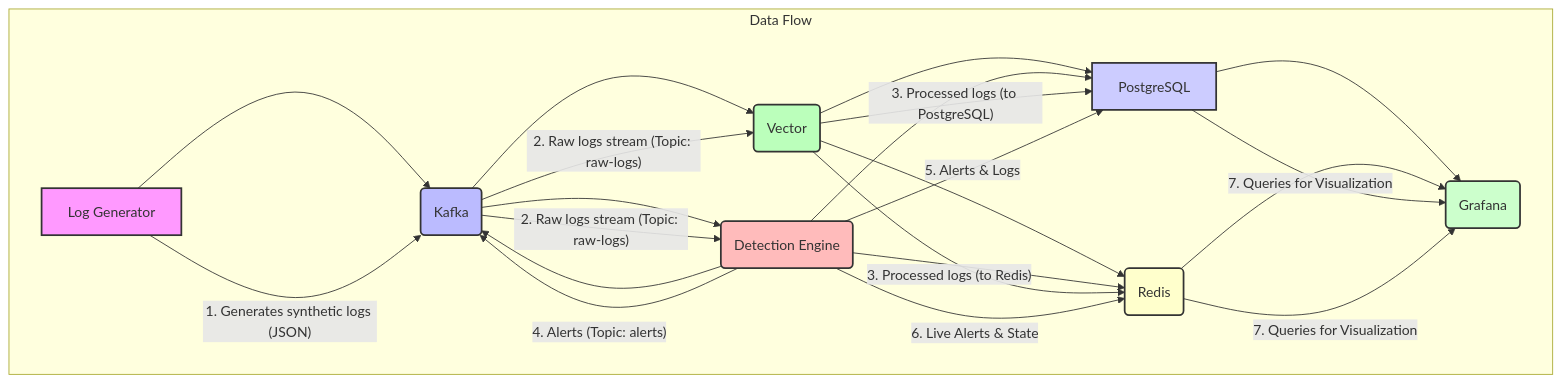
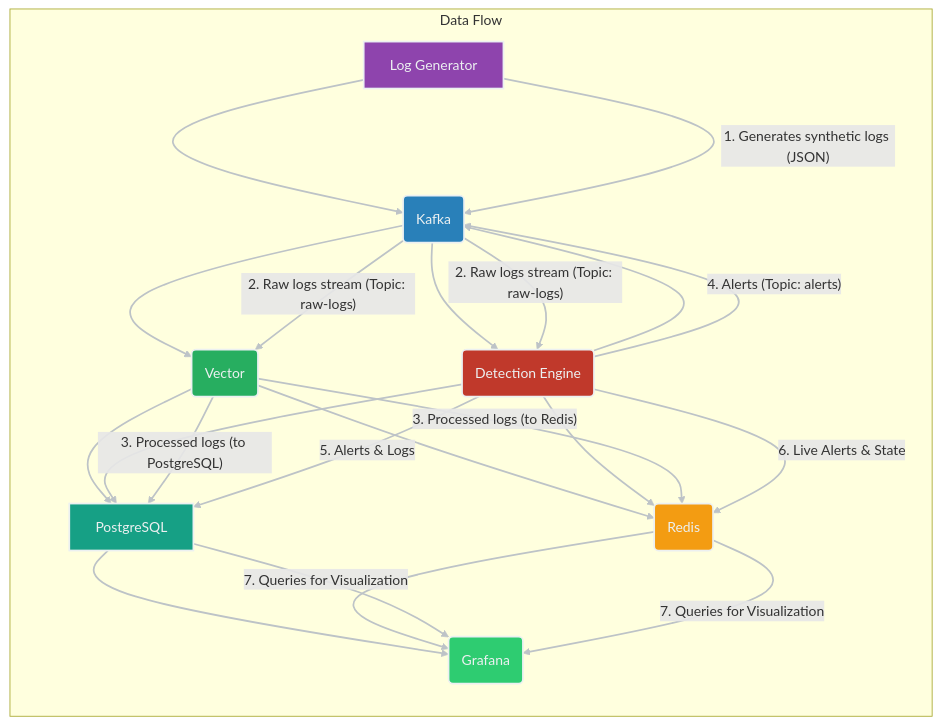
The diagram in README.md (P-Bhanu-Sohan/SimuloSIEM), drawn with Mermaid before and after one commit.

````diff
--- a/README.md
+++ b/README.md
@@ -34,35 +34,40 @@
 ```mermaid
-graph TD
+graph LR
+    %% Nodes
     LG[Log Generator] --> K(Kafka)
     K --> V(Vector)
     K --> DE(Detection Engine)
     V --> PG[PostgreSQL]
     V --> R(Redis)
     DE --> R
     DE --> K
     DE --> PG
     PG --> G(Grafana)
     R --> G
 
-    subgraph DataFlow [Data Flow]
+    %% Data Flow
+    subgraph DataFlow["Data Flow"]
         LG -- "1. Generates synthetic logs (JSON)" --> K
         K -- "2. Raw logs stream (Topic: raw-logs)" --> V
         K -- "2. Raw logs stream (Topic: raw-logs)" --> DE
         V -- "3. Processed logs (to PostgreSQL)" --> PG
         V -- "3. Processed logs (to Redis)" --> R
         DE -- "4. Alerts (Topic: alerts)" --> K
         DE -- "5. Alerts & Logs" --> PG
         DE -- "6. Live Alerts & State" --> R
         PG -- "7. Queries for Visualization" --> G
         R -- "7. Queries for Visualization" --> G
     end
 
-    style LG fill:#f9f,stroke:#333,stroke-width:2px
-    style K fill:#bbf,stroke:#333,stroke-width:2px
-    style V fill:#bfb,stroke:#333,stroke-width:2px
-    style DE fill:#fbb,stroke:#333,stroke-width:2px
-    style PG fill:#ccf,stroke:#333,stroke-width:2px
-    style R fill:#ffc,stroke:#333,stroke-width:2px
-    style G fill:#cfc,stroke:#333,stroke-width:2px
+    %% Dark Theme Styles
+    style LG fill:#8e44ad,stroke:#ecf0f1,stroke-width:2px,color:#ecf0f1
+    style K fill:#2980b9,stroke:#ecf0f1,stroke-width:2px,color:#ecf0f1
+    style V fill:#27ae60,stroke:#ecf0f1,stroke-width:2px,color:#ecf0f1
+    style DE fill:#c0392b,stroke:#ecf0f1,stroke-width:2px,color:#ecf0f1
+    style PG fill:#16a085,stroke:#ecf0f1,stroke-width:2px,color:#ecf0f1
+    style R fill:#f39c12,stroke:#ecf0f1,stroke-width:2px,color:#ecf0f1
+    style G fill:#2ecc71,stroke:#ecf0f1,stroke-width:2px,color:#ecf0f1
 
+    %% Make lines straight
+    linkStyle default stroke:#bdc3c7,stroke-width:2px
 ```
````
